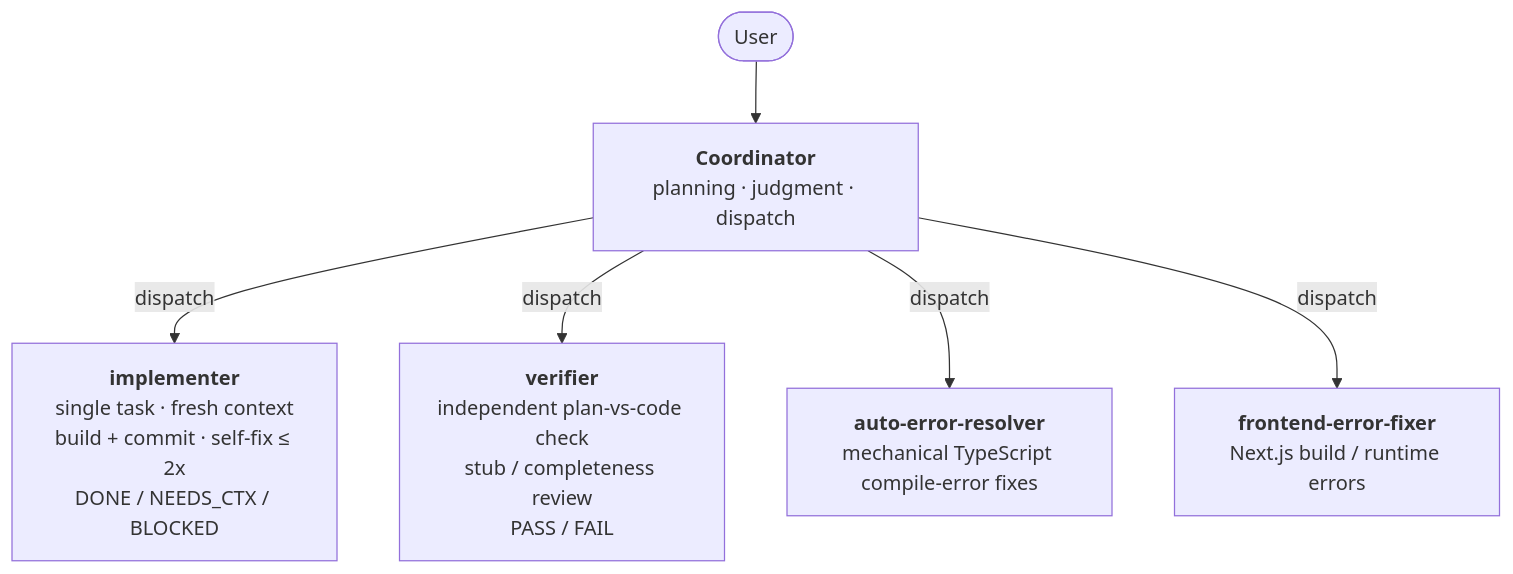
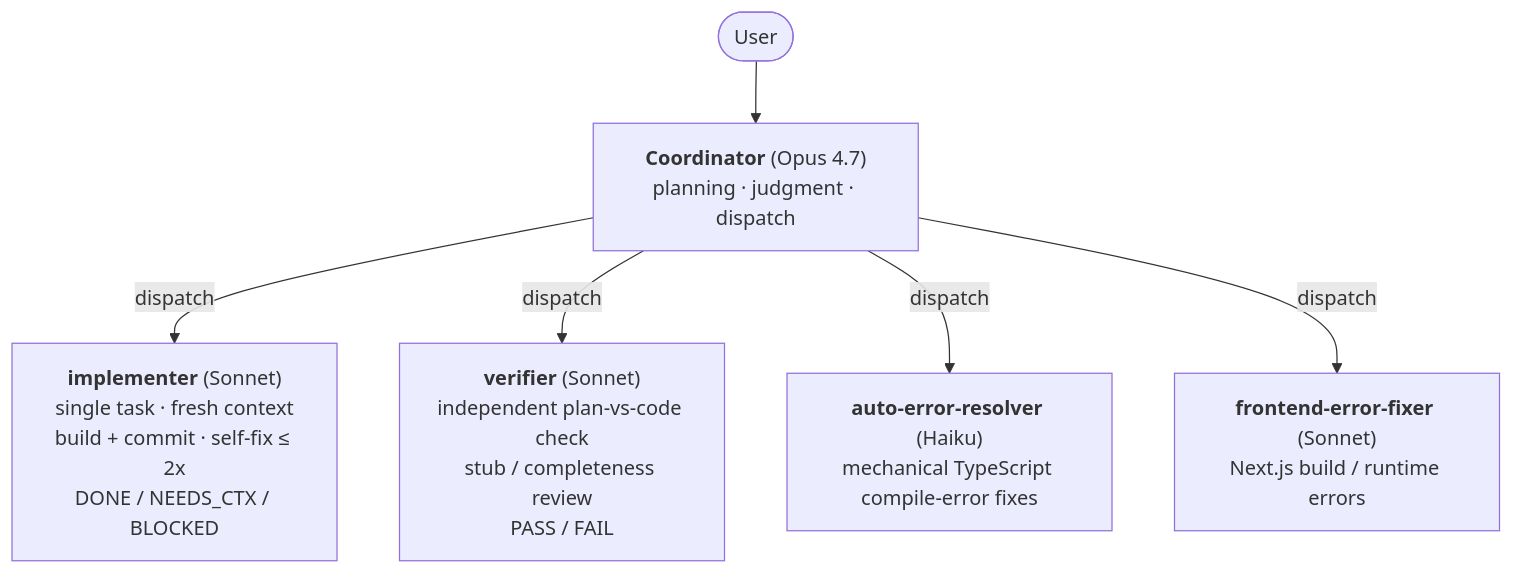
The first of 2 diagrams in README.en.md (Seungwook-Cho/my-small-harness), drawn with Mermaid before and after one commit. The commit also changed other lines of this file and 1 other file, not shown here.

First line of the commit message:
docs: 모델명 명시 — Opus 4.7 / Sonnet / Haiku 박아 표기

````diff
--- a/README.en.md
+++ b/README.en.md
@@ -59,15 +59,15 @@
 ```mermaid
 flowchart TD
     User([User])
-    Coord["<b>Coordinator</b><br/>planning · judgment · dispatch"]
-    Imp["<b>implementer</b><br/>single task · fresh context<br/>build + commit · self-fix ≤ 2x<br/>DONE / NEEDS_CTX / BLOCKED"]
-    Ver["<b>verifier</b><br/>independent plan-vs-code check<br/>stub / completeness review<br/>PASS / FAIL"]
-    AER["<b>auto-error-resolver</b><br/>mechanical TypeScript compile-error fixes"]
-    FEF["<b>frontend-error-fixer</b><br/>Next.js build / runtime errors"]
+    Coord["<b>Coordinator</b> (Opus 4.7)<br/>planning · judgment · dispatch"]
+    Imp["<b>implementer</b> (Sonnet)<br/>single task · fresh context<br/>build + commit · self-fix ≤ 2x<br/>DONE / NEEDS_CTX / BLOCKED"]
+    Ver["<b>verifier</b> (Sonnet)<br/>independent plan-vs-code check<br/>stub / completeness review<br/>PASS / FAIL"]
+    AER["<b>auto-error-resolver</b> (Haiku)<br/>mechanical TypeScript compile-error fixes"]
+    FEF["<b>frontend-error-fixer</b> (Sonnet)<br/>Next.js build / runtime errors"]
 
     User --> Coord
     Coord -- dispatch --> Imp
     Coord -- dispatch --> Ver
     Coord -- dispatch --> AER
     Coord -- dispatch --> FEF
 ```
````
